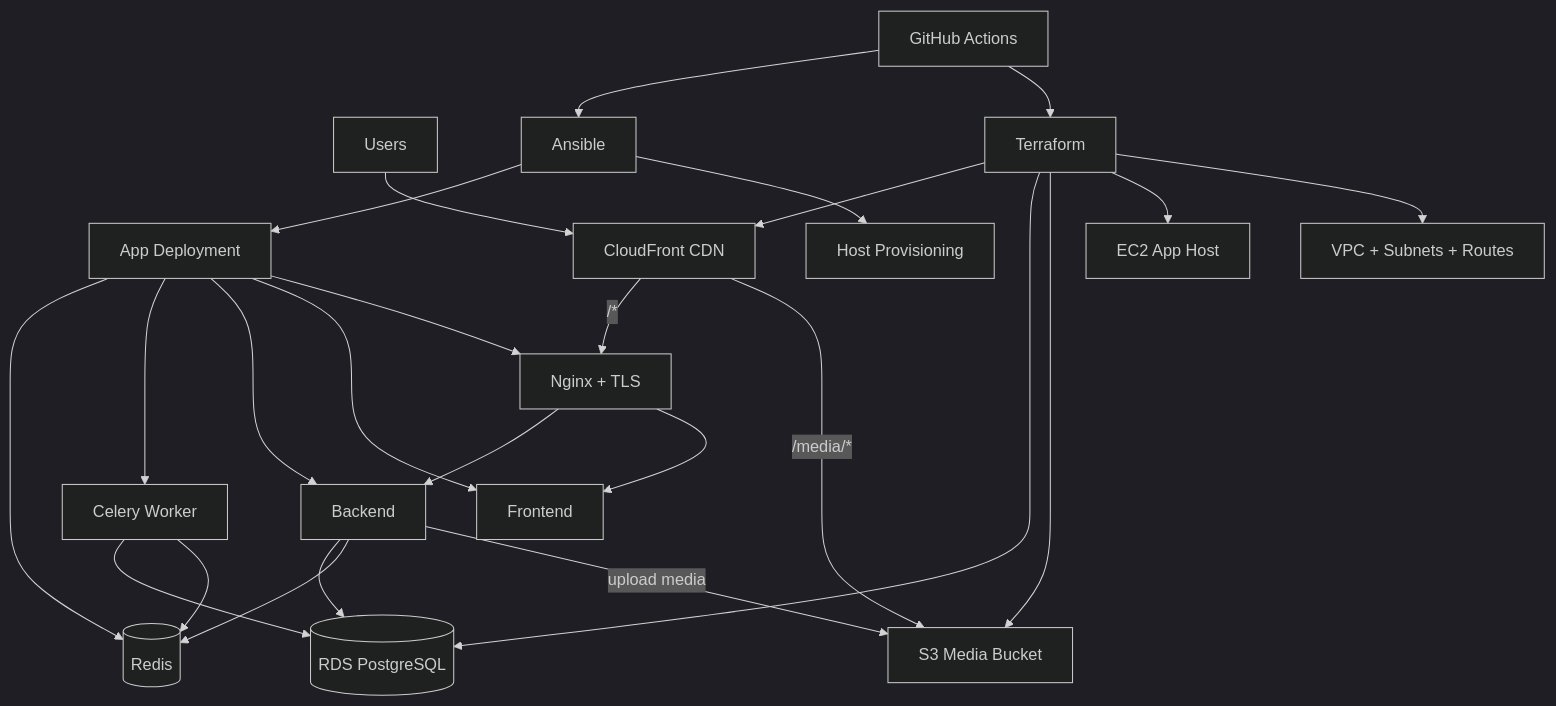
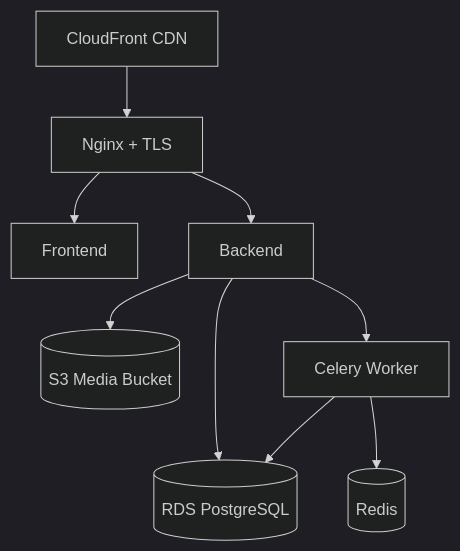
Before and after one commit to whatislavx/world-of-development-of-opportunities-and-change-infra: the second of 3 diagrams in README.md, drawn with Mermaid (dark theme). The commit also changed other lines of this file, not shown here.

````diff
--- a/README.md
+++ b/README.md
@@ -69,31 +63,14 @@
 ```mermaid
 flowchart TD
-    User[Users] --> CDN[CloudFront CDN]
-    CDN -->|"/media/*"| S3[S3 Media Bucket]
-    CDN -->|"/*"| NGINX[Nginx + TLS]
+    CDN[CloudFront CDN] --> NGINX[Nginx + TLS]
+
     NGINX --> FE[Frontend]
     NGINX --> BE[Backend]
 
-    GH[GitHub Actions] --> TF[Terraform]
-    GH --> ANS[Ansible]
+    BE --> S3[(S3 Media Bucket)]
+    BE --> RDS[(RDS PostgreSQL)]
+    BE --> CEL[Celery Worker]
 
-    TF --> VPC[VPC + Subnets + Routes]
-    TF --> EC2[EC2 App Host]
-    TF --> S3
-    TF --> RDS[(RDS PostgreSQL)]
-    TF --> CDN
-
-    ANS --> HOST[Host Provisioning]
-    ANS --> DEPLOY[App Deployment]
-
-    DEPLOY --> NGINX
-    DEPLOY --> FE
-    DEPLOY --> BE
-    DEPLOY --> CEL[Celery Worker]
-    DEPLOY --> REDIS[(Redis)]
-    BE -->|upload media| S3
-    BE --> REDIS
-    CEL --> REDIS
-    BE --> RDS
     CEL --> RDS
+    CEL --> REDIS[(Redis)]
 ```
````
